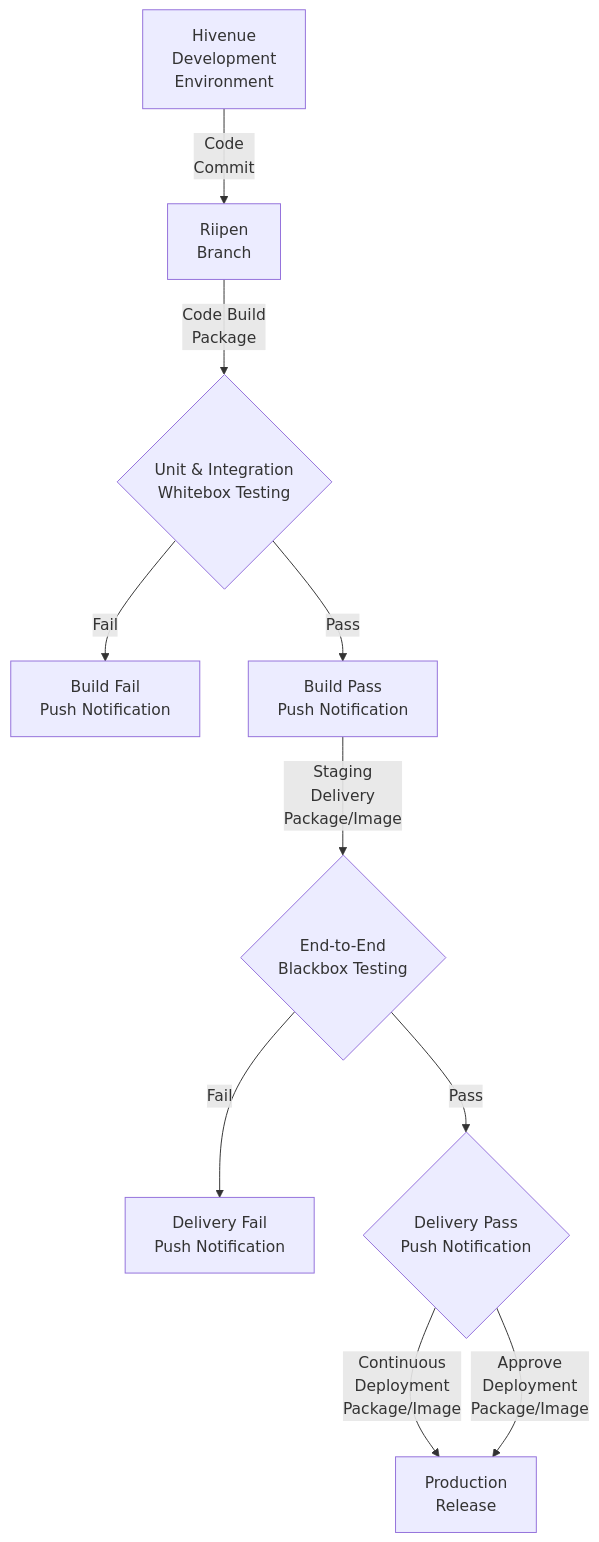
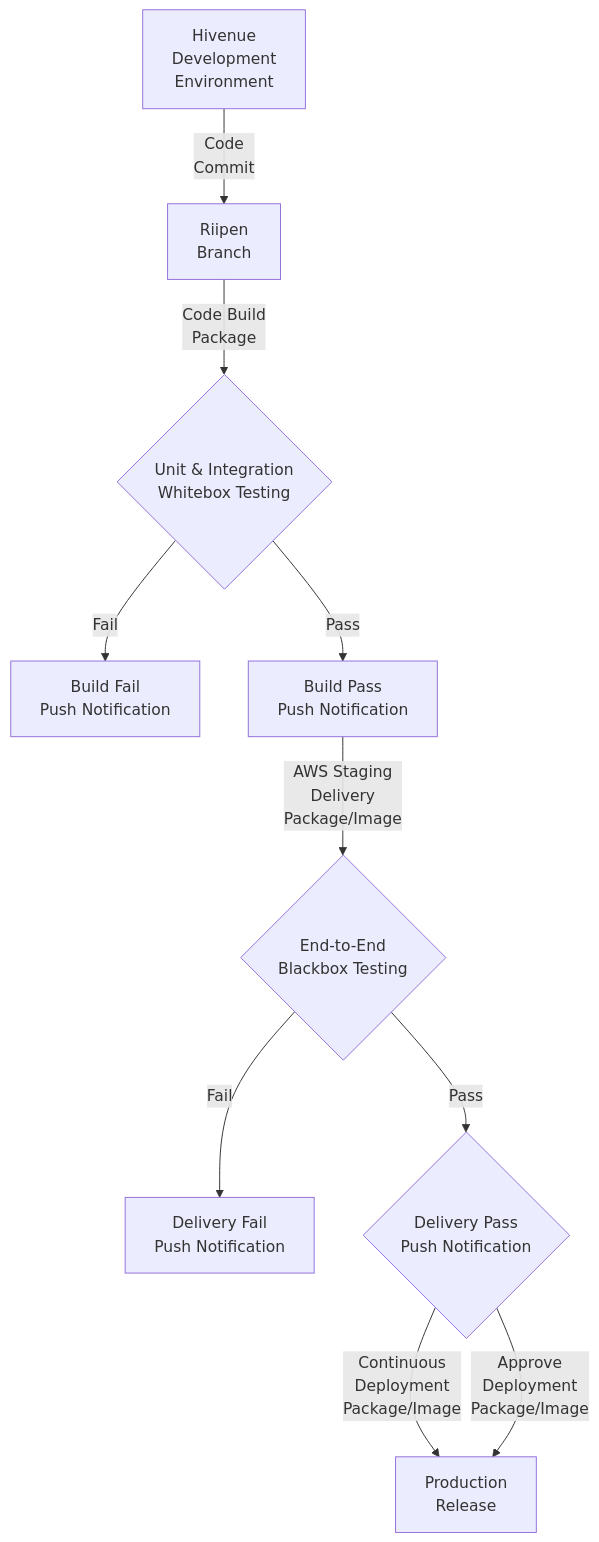
Before and after one commit to HaroonKhanDotNet/hivenue-cicd: the diagram in BRD.md, drawn with Mermaid. The commit also changed other lines of this file, not shown here.

````diff
--- a/BRD.md
+++ b/BRD.md
@@ -38,12 +37,12 @@
 ```mermaid
 flowchart TD;
 A[Hivenue <br> Development <br> Environment] --Code <br> Commit--> B[Riipen <br> Branch];
 B --Code Build <br> Package--> C{Unit & Integration <br> Whitebox Testing};
 C --Fail--> D[Build Fail <br> Push Notification];
 C --Pass--> E[Build Pass <br> Push Notification];
-E --Staging <br> Delivery <br> Package/Image--> F{End-to-End <br> Blackbox Testing};
+E --AWS Staging <br> Delivery <br> Package/Image--> F{End-to-End <br> Blackbox Testing};
 F --Fail--> G[Delivery Fail <br> Push Notification];
 F --Pass--> H{Delivery Pass <br> Push Notification};
 H --Continuous <br> Deployment <br> Package/Image--> I[Production <br> Release];
 H --Approve <br> Deployment <br> Package/Image--> I;
 ```
````
